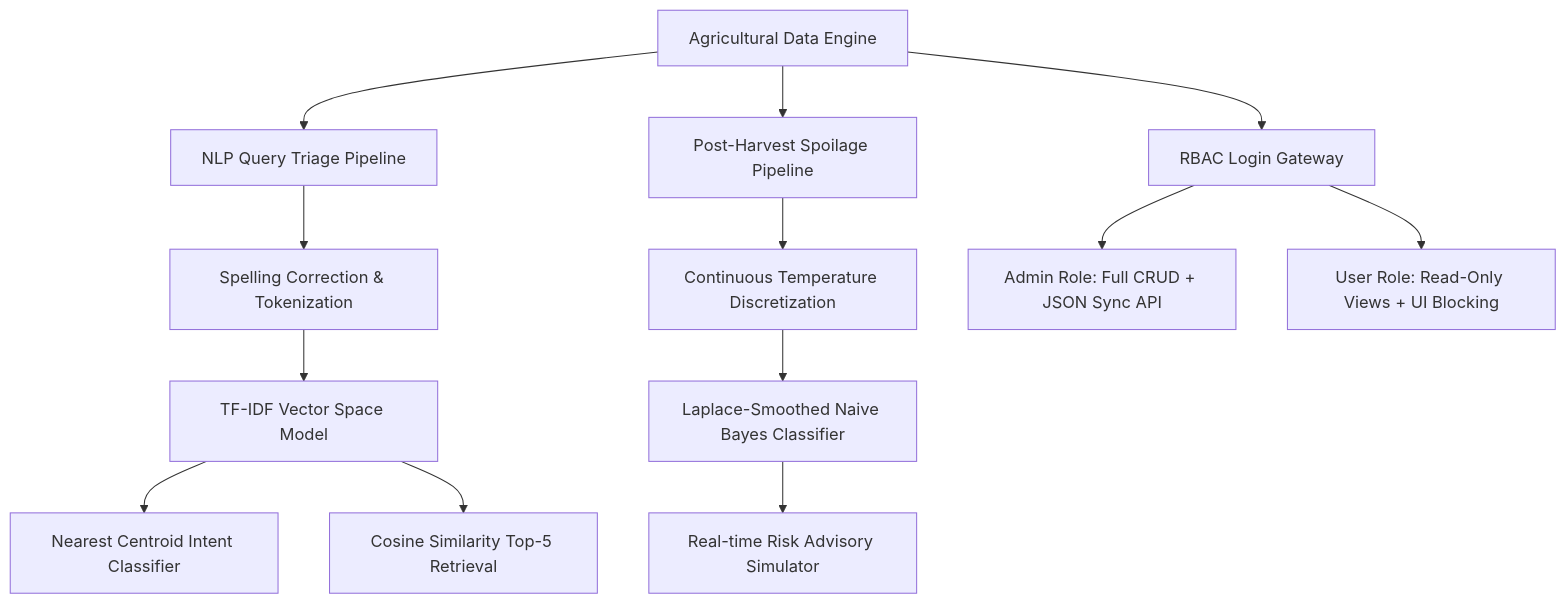
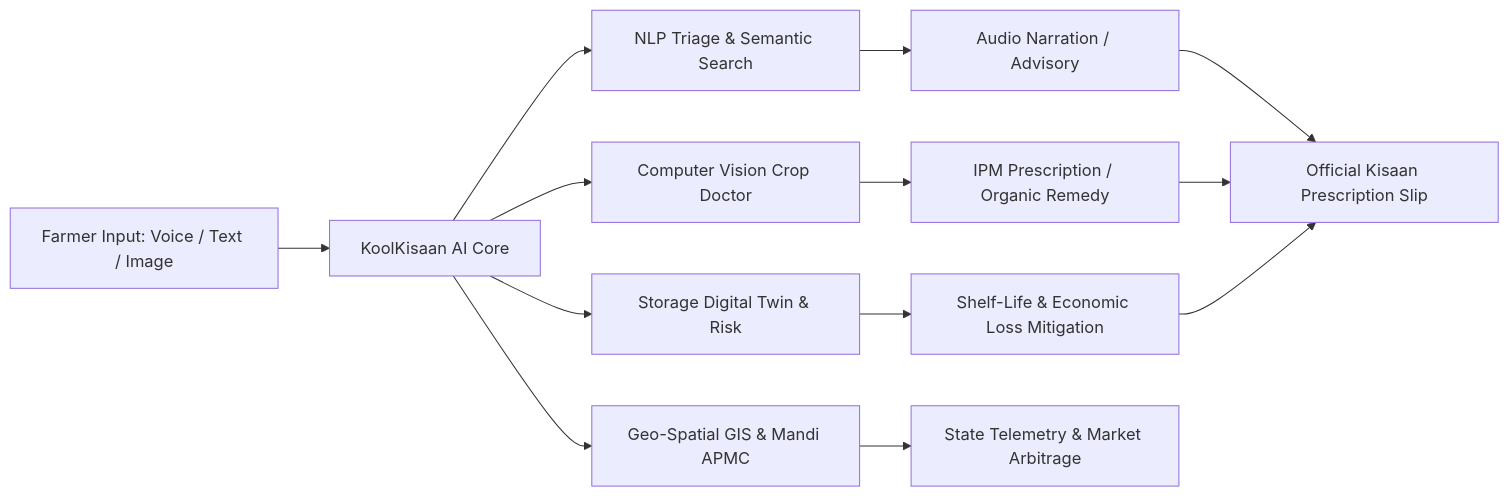
Before and after one commit to nadawaris/KoolKisaan: the diagram in README.md, drawn with Mermaid. The commit also changed other lines of this file and 7 other files, not shown here.

Commit message:
feat: upgrade to KoolKisaan Pro with Voice AI, Crop Doctor, Storage Digital Twin and GIS Map

````diff
--- a/README.md
+++ b/README.md
@@ -70,18 +53,17 @@
 ```mermaid
-graph TD
-    A[Agricultural Data Engine] --> B[NLP Query Triage Pipeline]
-    A --> C[Post-Harvest Spoilage Pipeline]
-    A --> D[RBAC Login Gateway]
+graph LR
+    A[Farmer Input: Voice / Text / Image] --> B[KoolKisaan AI Core]
+    B --> C[NLP Triage & Semantic Search]
+    B --> D[Computer Vision Crop Doctor]
+    B --> E[Storage Digital Twin & Risk]
+    B --> F[Geo-Spatial GIS & Mandi APMC]
     
-    B --> B1[Spelling Correction & Tokenization]
-    B1 --> B2[TF-IDF Vector Space Model]
-    B2 --> B3[Nearest Centroid Intent Classifier]
-    B2 --> B4[Cosine Similarity Top-5 Retrieval]
+    C --> G[Audio Narration / Advisory]
+    D --> H[IPM Prescription / Organic Remedy]
+    E --> I[Shelf-Life & Economic Loss Mitigation]
+    F --> J[State Telemetry & Market Arbitrage]
     
-    C --> C1[Continuous Temperature Discretization]
-    C1 --> C2[Laplace-Smoothed Naive Bayes Classifier]
-    C2 --> C3[Real-time Risk Advisory Simulator]
-    
-    D --> D1[Admin Role: Full CRUD + JSON Sync API]
-    D --> D2[User Role: Read-Only Views + UI Blocking]
+    G --> K[Official Kisaan Prescription Slip]
+    H --> K
+    I --> K
 ```
````
